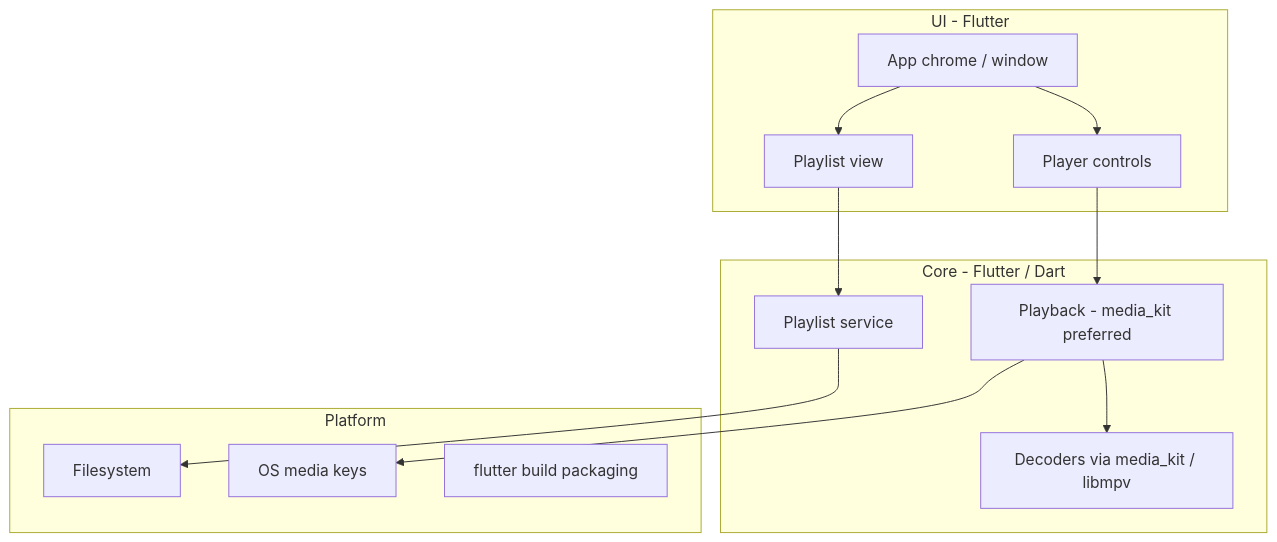
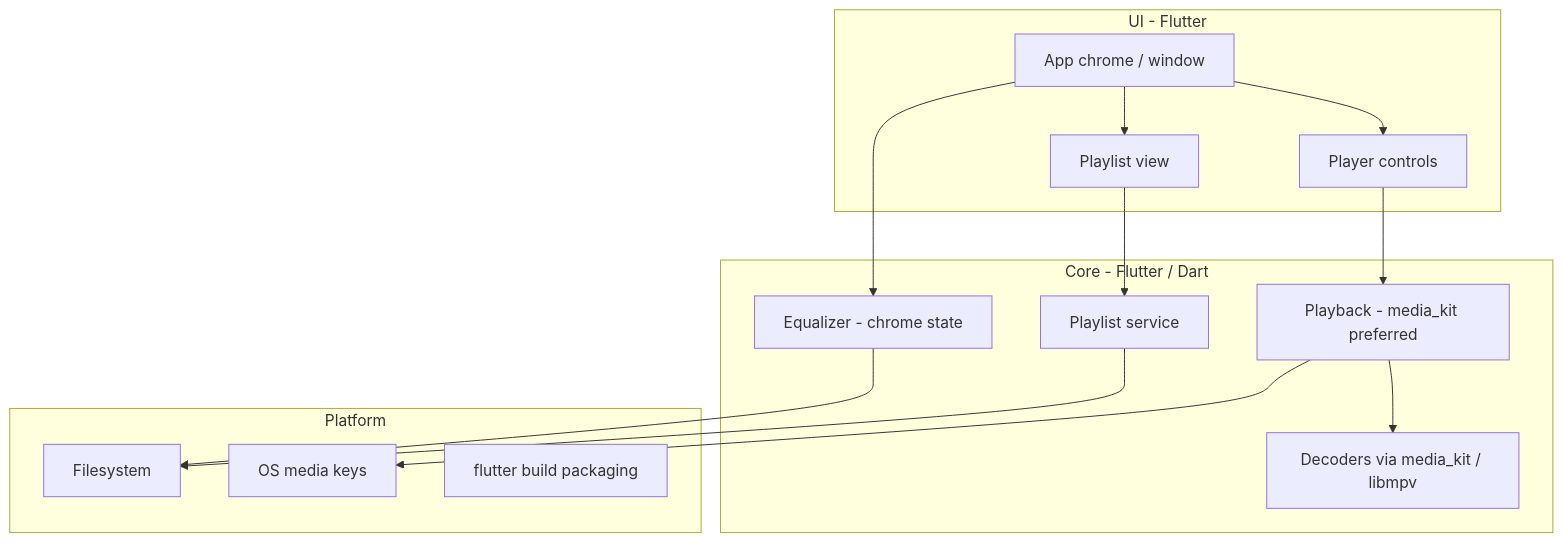
One commit to eliranbenishai/aoide changed the diagram in docs/architecture.md. Above: the diagram before and after it, drawn with Mermaid. The commit also changed other lines of this file and 6 other files, not shown here.

````diff
--- a/docs/architecture.md
+++ b/docs/architecture.md
@@ -20,25 +20,28 @@
 ```mermaid
 flowchart TB
   subgraph ui [UI - Flutter]
     Chrome[App chrome / window]
     Player[Player controls]
     Playlist[Playlist view]
   end
   subgraph core [Core - Flutter / Dart]
     Playback[Playback - media_kit preferred]
     PlaylistSvc[Playlist service]
+    Eq[Equalizer - chrome state]
     Formats[Decoders via media_kit / libmpv]
   end
   subgraph platform [Platform]
     FS[Filesystem]
     MediaKeys[OS media keys]
     Pack[flutter build packaging]
   end
   Chrome --> Player
   Chrome --> Playlist
+  Chrome --> Eq
   Player --> Playback
   Playlist --> PlaylistSvc
   Playback --> Formats
   PlaylistSvc --> FS
+  Eq --> FS
   Playback --> MediaKeys
 ```
````
